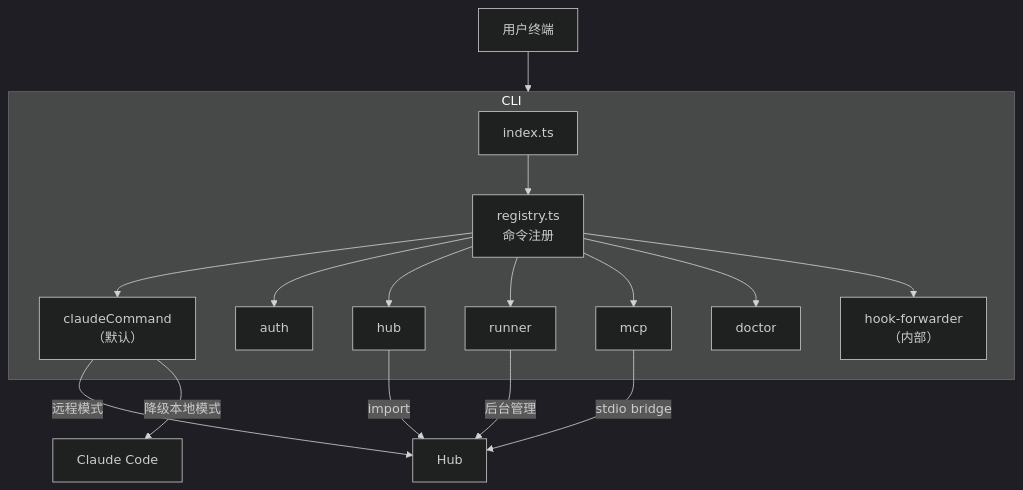
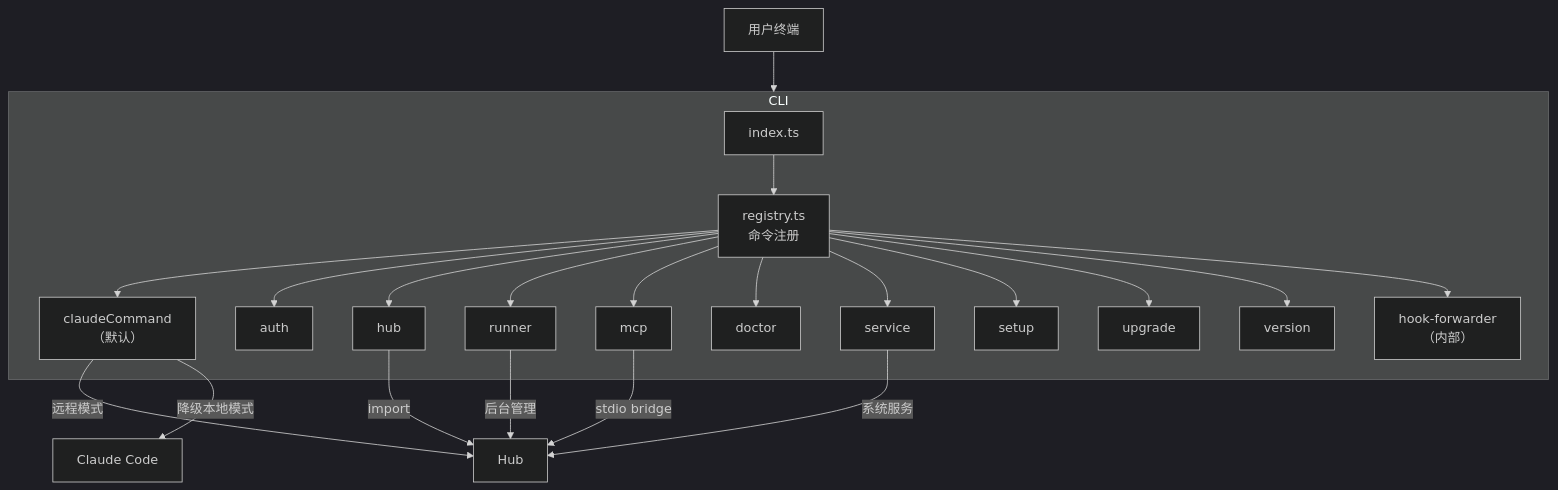
Before and after one commit to ModuBit/mobi: the first of 3 diagrams in docs/architecture/cli/README.md, drawn with Mermaid (dark theme). The commit also changed other lines of this file and 56 other files, not shown here.

````diff
--- a/docs/architecture/cli/README.md
+++ b/docs/architecture/cli/README.md
@@ -7,25 +7,30 @@
 ```mermaid
 graph TB
     User["用户终端"] --> CLI["mobi CLI"]
 
     subgraph CLI
         Entry["index.ts"]
         Registry["registry.ts<br/>命令注册"]
         CmdDefault["claudeCommand<br/>（默认）"]
         CmdAuth["auth"]
         CmdHub["hub"]
         CmdRunner["runner"]
         CmdMcp["mcp"]
         CmdDoctor["doctor"]
+        CmdService["service"]
+        CmdSetup["setup"]
+        CmdUpgrade["upgrade"]
+        CmdVersion["version"]
         CmdHook["hook-forwarder<br/>（内部）"]
     end
 
     Entry --> Registry
-    Registry --> CmdDefault & CmdAuth & CmdHub & CmdRunner & CmdMcp & CmdDoctor & CmdHook
+    Registry --> CmdDefault & CmdAuth & CmdHub & CmdRunner & CmdMcp & CmdDoctor & CmdService & CmdSetup & CmdUpgrade & CmdVersion & CmdHook
 
     CmdDefault -->|"远程模式"| Hub["Hub"]
     CmdDefault -->|"降级本地模式"| Claude["Claude Code"]
     CmdHub -->|"import"| Hub
     CmdRunner -->|"后台管理"| Hub
     CmdMcp -->|"stdio bridge"| Hub
+    CmdService -->|"系统服务"| Hub
 ```
````
